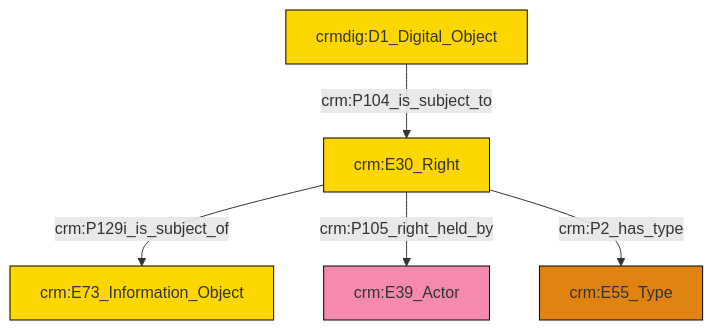
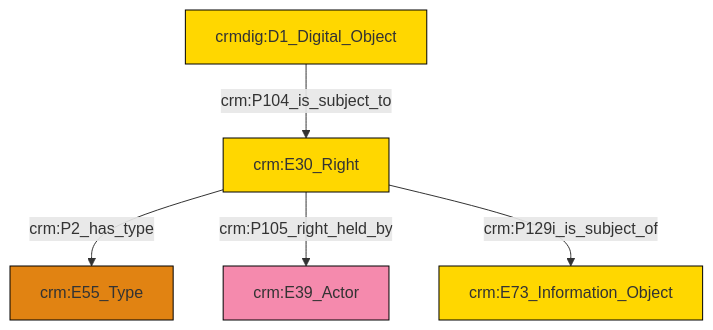
The diagram in et/doCSV/ttl/mmd/do_rights.ttl.mmd (swiss-art-research-net/docs.swissartresearch), drawn with Mermaid before and after one commit. The commit also changed 177 other files, not shown here.

```diff
--- a/et/doCSV/ttl/mmd/do_rights.ttl.mmd
+++ b/et/doCSV/ttl/mmd/do_rights.ttl.mmd
@@ -1,19 +1,19 @@
 graph TD
 classDef Literal fill:#f2f2f2,stroke:#000000;
 classDef CRM_Entity fill:#FFFFFF,stroke:#000000;
 classDef Temporal_Entity fill:#00C9E6, stroke:#000000;
 classDef Type fill:#E18312, stroke:#000000;
 classDef Time-Span fill:#2C9C91, stroke:#000000;
 classDef Appellation fill:#FFEB7F, stroke:#000000;
 classDef Place fill:#008836, stroke:#000000;
 classDef Persistent_Item fill:#B266B2, stroke:#000000;
 classDef Conceptual_Object fill:#FFD700, stroke:#000000;
 classDef Physical_Thing fill:#D2B48C, stroke:#000000;
 classDef Actor fill:#f58aad, stroke:#000000;
 classDef PC_Classes fill:#4ce600, stroke:#000000;
 classDef Multi fill:#cccccc,stroke:#000000;
 
-6["crm:E30_Right"]:::Conceptual_Object -->|crm:P129i_is_subject_of| 7["crm:E73_Information_Object"]:::Conceptual_Object
-6["crm:E30_Right"]:::Conceptual_Object -->|crm:P105_right_held_by| 0["crm:E39_Actor"]:::Actor
-4["crmdig:D1_Digital_Object"]:::Conceptual_Object -->|crm:P104_is_subject_to| 6["crm:E30_Right"]:::Conceptual_Object
-6["crm:E30_Right"]:::Conceptual_Object -->|crm:P2_has_type| 2["crm:E55_Type"]:::Type
+0["crmdig:D1_Digital_Object"]:::Conceptual_Object -->|crm:P104_is_subject_to| 2["crm:E30_Right"]:::Conceptual_Object
+2["crm:E30_Right"]:::Conceptual_Object -->|crm:P2_has_type| 3["crm:E55_Type"]:::Type
+2["crm:E30_Right"]:::Conceptual_Object -->|crm:P105_right_held_by| 4["crm:E39_Actor"]:::Actor
+2["crm:E30_Right"]:::Conceptual_Object -->|crm:P129i_is_subject_of| 7["crm:E73_Information_Object"]:::Conceptual_Object
```
